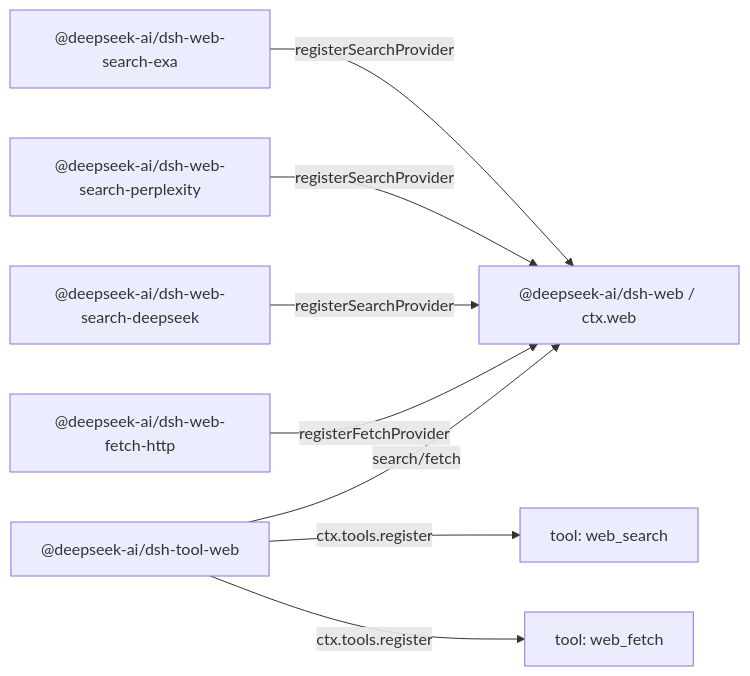
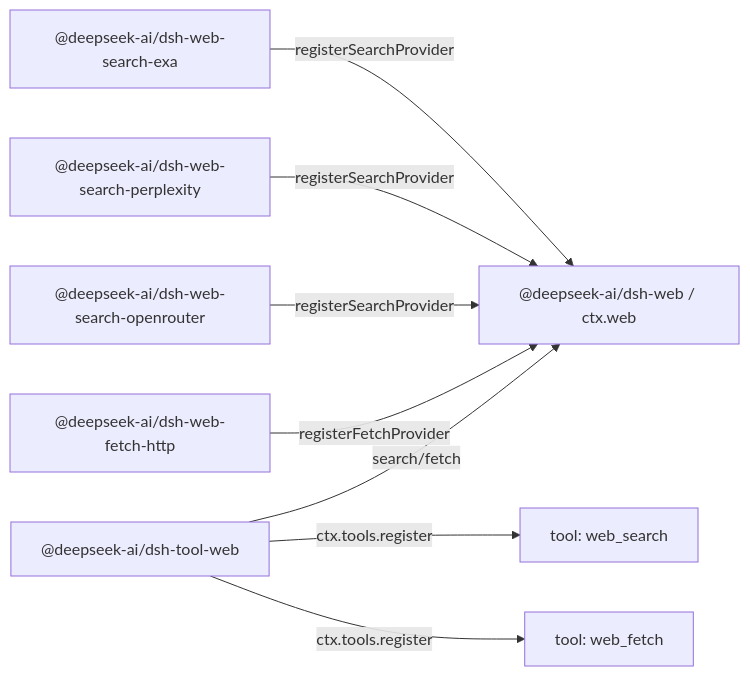
Before and after one commit to daedal-one/deepseek-harness: the diagram in .agents/notes/implemented/architecture/2026-06-24-web-capability-seam.md, drawn with Mermaid. The commit also changed other lines of this file and 98 other files, not shown here.

First line of the commit message:
feat(web): route search through OpenRouter

````diff
--- a/.agents/notes/implemented/architecture/2026-06-24-web-capability-seam.md
+++ b/.agents/notes/implemented/architecture/2026-06-24-web-capability-seam.md
@@ -58,10 +58,10 @@
 ```mermaid
 flowchart LR
   exa["@deepseek-ai/dsh-web-search-exa"] -->|registerSearchProvider| web["@deepseek-ai/dsh-web / ctx.web"]
   perplexity["@deepseek-ai/dsh-web-search-perplexity"] -->|registerSearchProvider| web
-  deepseek["@deepseek-ai/dsh-web-search-deepseek"] -->|registerSearchProvider| web
+  openrouter["@deepseek-ai/dsh-web-search-openrouter"] -->|registerSearchProvider| web
   fetchLocal["@deepseek-ai/dsh-web-fetch-http"] -->|registerFetchProvider| web
   toolWeb["@deepseek-ai/dsh-tool-web"] -->|search/fetch| web
   toolWeb -->|ctx.tools.register| webSearch["tool: web_search"]
   toolWeb -->|ctx.tools.register| webFetch["tool: web_fetch"]
 ```
````
